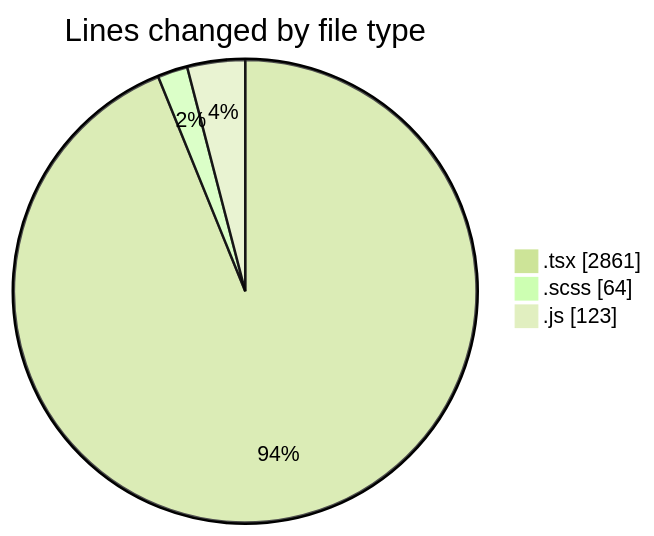
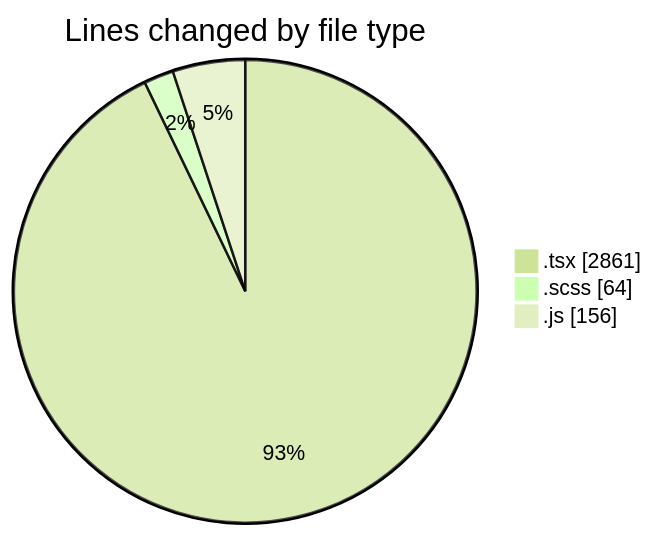
Before and after one commit to momahboobian/code-tracking: the first of 2 diagrams in 2025-06-16/cda/README.md, drawn with Mermaid (forest theme). The commit also changed other lines of this file and 1 other file, not shown here.

````diff
--- a/2025-06-16/cda/README.md
+++ b/2025-06-16/cda/README.md
@@ -33,7 +34,7 @@
 ```mermaid
 pie showData
 title Lines changed by file type
 ".tsx" : 2861
 ".scss" : 64
-".js" : 123
+".js" : 156
 ```
````
